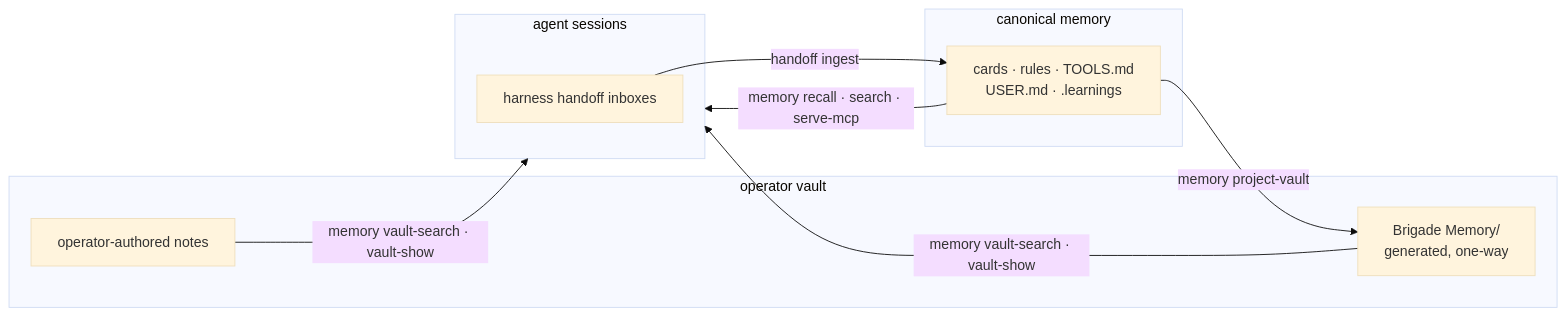
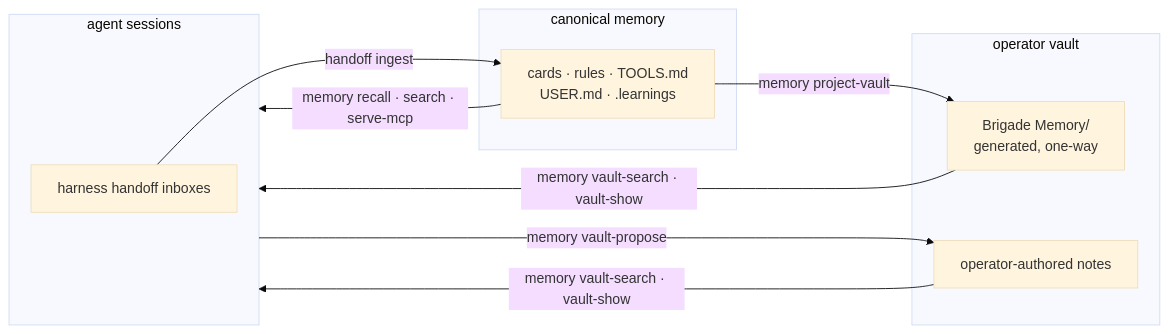
Before and after one commit to escoffier-labs/brigade: the diagram in docs/memory-operations.md, drawn with Mermaid (base theme). The commit also changed other lines of this file and 10 other files, not shown here.

First line of the commit message:
feat(memory): add vault-propose write-back for operator vaults (#993)

````diff
--- a/docs/memory-operations.md
+++ b/docs/memory-operations.md
@@ -64,19 +65,20 @@
 ```mermaid
 flowchart LR
     subgraph AGENTS [" agent sessions "]
         H["harness handoff inboxes"]
     end
     subgraph BRIGADE [" canonical memory "]
         CANON["cards · rules · TOOLS.md<br/>USER.md · .learnings"]
     end
     subgraph VAULT [" operator vault "]
         PROJ["Brigade Memory/<br/>generated, one-way"]
         OWNED["operator-authored notes"]
     end
 
     H -->|"handoff ingest"| CANON
     CANON -->|"memory recall · search · serve-mcp"| AGENTS
     CANON -->|"memory project-vault"| PROJ
     PROJ -->|"memory vault-search · vault-show"| AGENTS
     OWNED -->|"memory vault-search · vault-show"| AGENTS
+    AGENTS -->|"memory vault-propose"| OWNED
 ```
````
